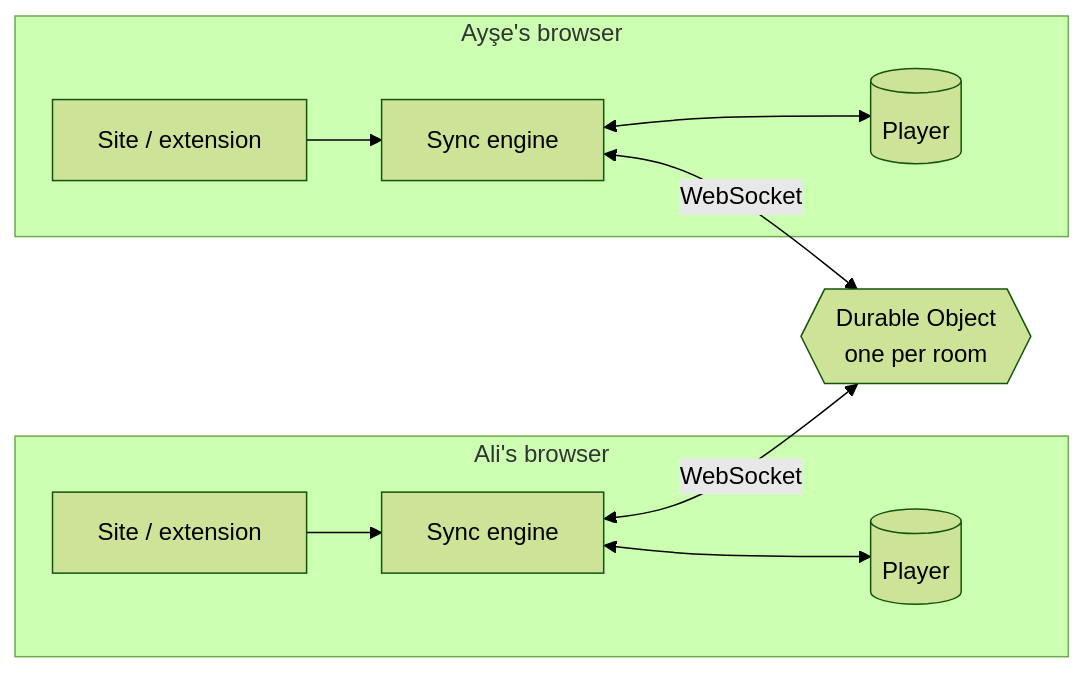
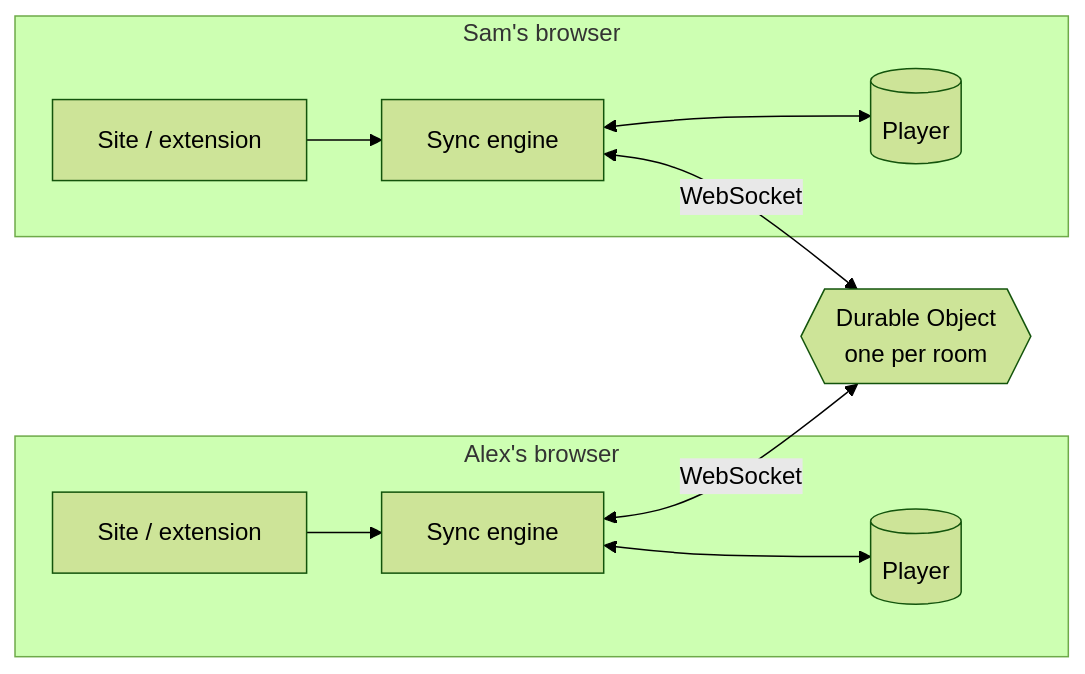
Before and after one commit to alperenakturk/screen-with-me: the diagram in README.md, drawn with Mermaid (forest theme). The commit also changed other lines of this file and 2 other files, not shown here.

````diff
--- a/README.md
+++ b/README.md
@@ -84,13 +74,13 @@
 ```mermaid
 flowchart LR
-  subgraph A[Ali's browser]
+  subgraph A[Alex's browser]
     SA[Site / extension] --> EA[Sync engine]
     EA <--> PA[(Player)]
   end
-  subgraph B[Ayşe's browser]
+  subgraph B[Sam's browser]
     SB[Site / extension] --> EB[Sync engine]
     EB <--> PB[(Player)]
   end
   EA <-- WebSocket --> R{{Durable Object<br/>one per room}}
   EB <-- WebSocket --> R
 ```
````
